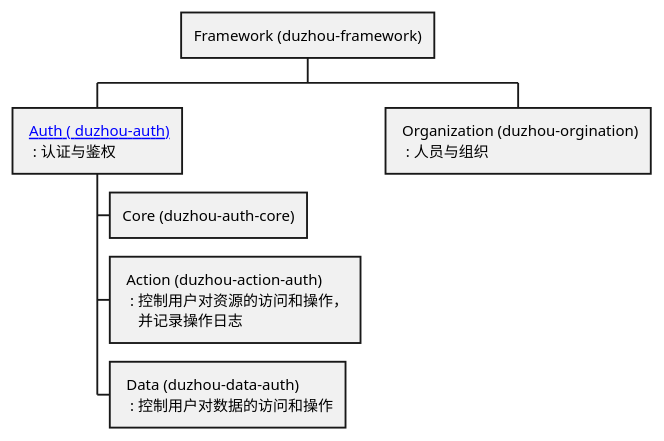
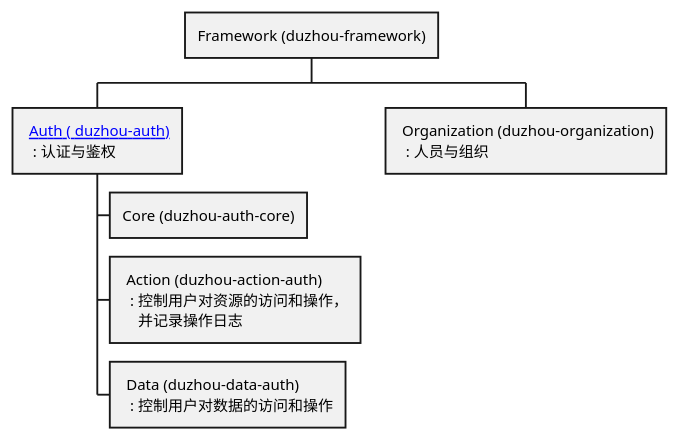
One commit to crazydan-studio/duzhou.crazydan.io changed the diagram in docs/100.platform/100.development/200.framework/500.backend/index.md. Above: the diagram before and after it, drawn with PlantUML. The commit also changed 2 other files, not shown here.

````diff
--- a/docs/100.platform/100.development/200.framework/500.backend/index.md
+++ b/docs/100.platform/100.development/200.framework/500.backend/index.md
@@ -12,17 +12,17 @@
 ```plantuml
 @startwbs
 * Framework (duzhou-framework)
 
 **: [[./auth Auth ( duzhou-auth)]]
   : 认证与鉴权;
 *** Core (duzhou-auth-core)
 ***: Action (duzhou-action-auth)
   : 控制用户对资源的访问和操作，
     并记录操作日志;
 ***: Data (duzhou-data-auth)
   : 控制用户对数据的访问和操作;
 
-**: Organization (duzhou-orgination)
+**: Organization (duzhou-organization)
   : 人员与组织;
 @endwbs
 ```
````
